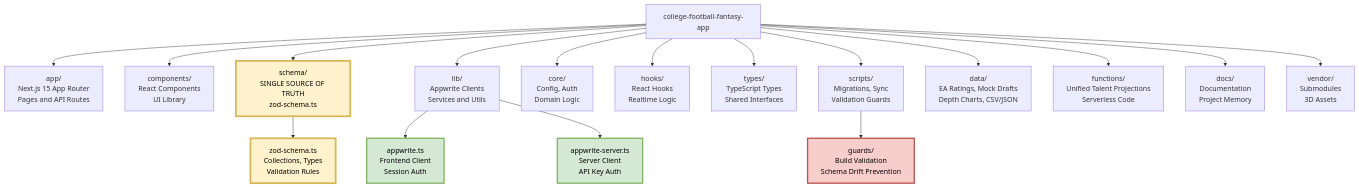
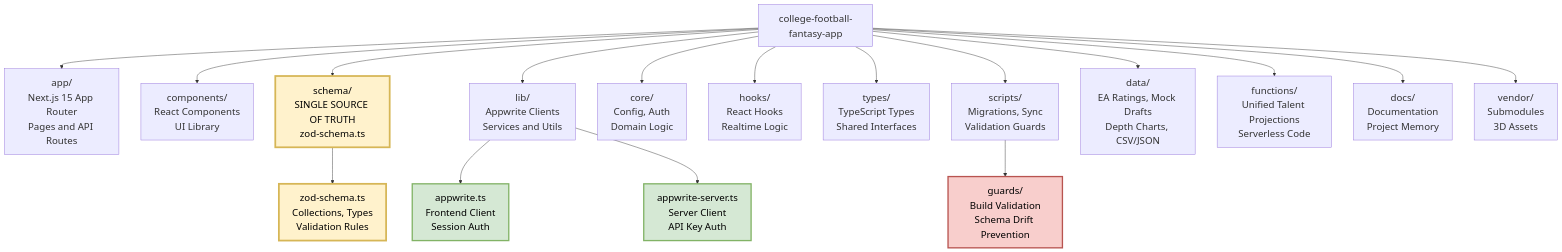
The first of 4 diagrams in public/docs/PROJECT_MAP.md (kpm34/college-football-fantasy-app), drawn with Mermaid before and after one commit. The commit also changed other lines of this file and 11 other files, not shown here.

````diff
--- a/public/docs/PROJECT_MAP.md
+++ b/public/docs/PROJECT_MAP.md
@@ -12,37 +12,38 @@
 ```mermaid
+%%{init: {'themeVariables': {'fontSize': '22px'}}}%%
 graph TD
     ROOT[college-football-fantasy-app]
     
     %% Core Application
     ROOT --> APP[app/<br/>Next.js 15 App Router<br/>Pages and API Routes]
     ROOT --> COMPONENTS[components/<br/>React Components<br/>UI Library]
     ROOT --> SCHEMA[schema/<br/>SINGLE SOURCE OF TRUTH<br/>zod-schema.ts]
     
     %% Configuration and Services  
     ROOT --> LIB[lib/<br/>Appwrite Clients<br/>Services and Utils]
     ROOT --> CORE[core/<br/>Config, Auth<br/>Domain Logic]
     ROOT --> HOOKS[hooks/<br/>React Hooks<br/>Realtime Logic]
     ROOT --> TYPES[types/<br/>TypeScript Types<br/>Shared Interfaces]
     
     %% Data and Scripts
     ROOT --> SCRIPTS[scripts/<br/>Migrations, Sync<br/>Validation Guards]
     ROOT --> DATA[data/<br/>EA Ratings, Mock Drafts<br/>Depth Charts, CSV/JSON]
     ROOT --> FUNCTIONS[functions/<br/>Unified Talent Projections<br/>Serverless Code]
     
     %% Documentation and Deployment
     ROOT --> DOCS[docs/<br/>Documentation<br/>Project Memory]
     ROOT --> VENDOR[vendor/<br/>Submodules<br/>3D Assets]
     
     %% Key Files Detail
     SCHEMA --> SSOT[zod-schema.ts<br/>Collections, Types<br/>Validation Rules]
     LIB --> FRONTEND[appwrite.ts<br/>Frontend Client<br/>Session Auth]
     LIB --> BACKEND[appwrite-server.ts<br/>Server Client<br/>API Key Auth]
     SCRIPTS --> GUARDS[guards/<br/>Build Validation<br/>Schema Drift Prevention]
     
     %% Styling
     style SCHEMA fill:#fff2cc,stroke:#d6b656,stroke-width:4px,color:#000000
     style SSOT fill:#fff2cc,stroke:#d6b656,stroke-width:4px,color:#000000
     style GUARDS fill:#f8cecc,stroke:#b85450,stroke-width:3px,color:#000000
     style FRONTEND fill:#d5e8d4,stroke:#82b366,stroke-width:3px,color:#000000
     style BACKEND fill:#d5e8d4,stroke:#82b366,stroke-width:3px,color:#000000
 ```
````
